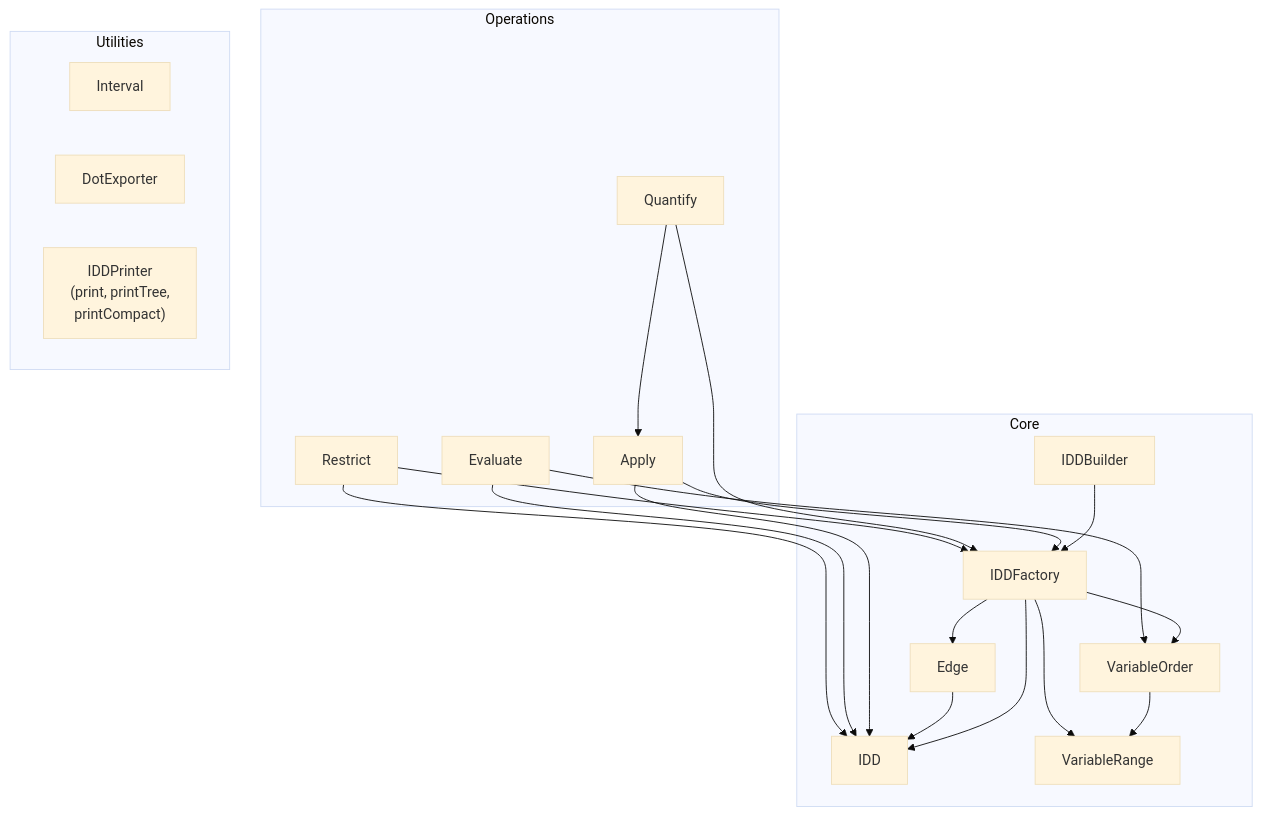
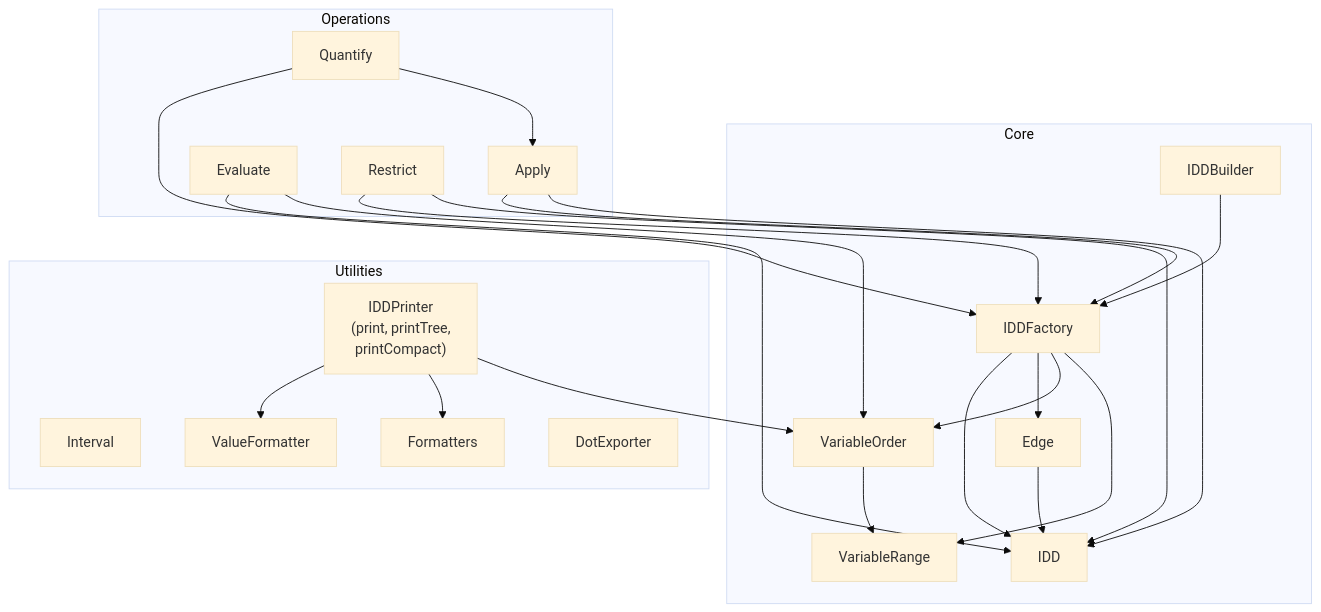
Before and after one commit to SnakeSolid/java-iddlite: the first of 2 diagrams in docs/architecture.md, drawn with Mermaid (base theme). The commit also changed 5 other files, not shown here.

````diff
--- a/docs/architecture.md
+++ b/docs/architecture.md
@@ -23,41 +23,48 @@
 ```mermaid
 graph TD
     subgraph Core
         IDD["IDD"]
         Edge["Edge"]
         IDDFactory["IDDFactory"]
         IDDBuilder["IDDBuilder"]
         VariableOrder["VariableOrder"]
         VariableRange["VariableRange"]
     end
 
     subgraph Operations
         Apply["Apply"]
         Evaluate["Evaluate"]
         Quantify["Quantify"]
         Restrict["Restrict"]
     end
 
     subgraph Utilities
         Interval["Interval"]
+        VariableRange["VariableRange"]
+        ValueFormatter["ValueFormatter"]
+        Formatters["Formatters"]
         DotExporter["DotExporter"]
         IDDPrinter["IDDPrinter\n(print, printTree,\nprintCompact)"]
     end
 
     IDDBuilder --> IDDFactory
     IDDFactory --> IDD
     IDDFactory --> Edge
     Edge --> IDD
     IDDFactory --> VariableOrder
     VariableOrder --> VariableRange
     IDDFactory --> VariableRange
 
+    IDDPrinter --> ValueFormatter
+    IDDPrinter --> Formatters
+    IDDPrinter --> VariableOrder
+
     Apply --> IDDFactory
     Apply --> IDD
     Evaluate --> IDD
     Evaluate --> VariableOrder
     Quantify --> IDDFactory
     Quantify --> Apply
     Restrict --> IDDFactory
     Restrict --> IDD
 ```
````
